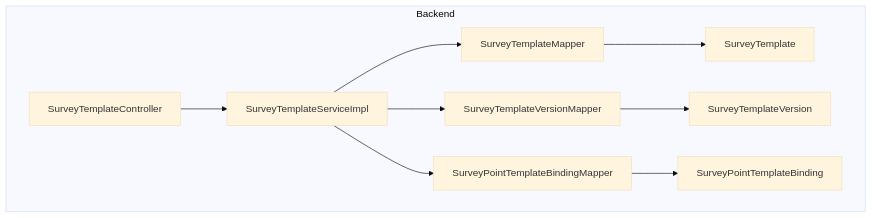
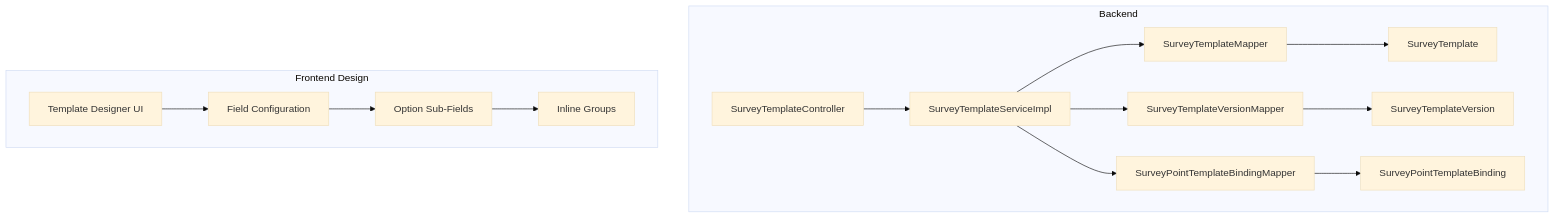
Before and after one commit to bo961386926/Survey-App: the first of 9 diagrams in .qoder/repowiki/en/content/Data Collection & Forms/Form Template System/Form Template System.md, drawn with Mermaid (base theme). The commit also changed other lines of this file and 19 other files, not shown here.

````diff
--- a/.qoder/repowiki/en/content/Data Collection & Forms/Form Template System/Form Template System.md
+++ b/.qoder/repowiki/en/content/Data Collection & Forms/Form Template System/Form Template System.md
@@ -54,20 +70,29 @@
 ```mermaid
 graph TB
 subgraph "Backend"
 C["SurveyTemplateController"]
 S["SurveyTemplateServiceImpl"]
 M1["SurveyTemplateMapper"]
 M2["SurveyTemplateVersionMapper"]
 M3["SurveyPointTemplateBindingMapper"]
 E1["SurveyTemplate"]
 E2["SurveyTemplateVersion"]
 E3["SurveyPointTemplateBinding"]
 end
+subgraph "Frontend Design"
+F1["Template Designer UI"]
+F2["Field Configuration"]
+F3["Option Sub-Fields"]
+F4["Inline Groups"]
+end
 C --> S
 S --> M1
 S --> M2
 S --> M3
 M1 --> E1
 M2 --> E2
 M3 --> E3
+F1 --> F2
+F2 --> F3
+F3 --> F4
 ```
````
